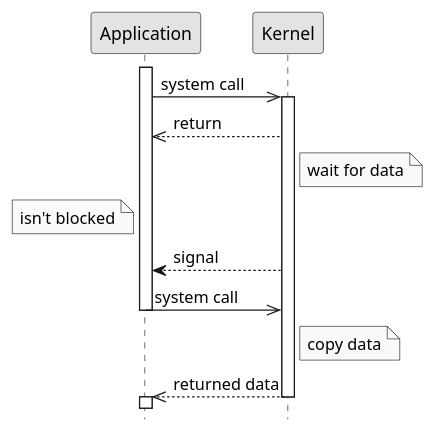
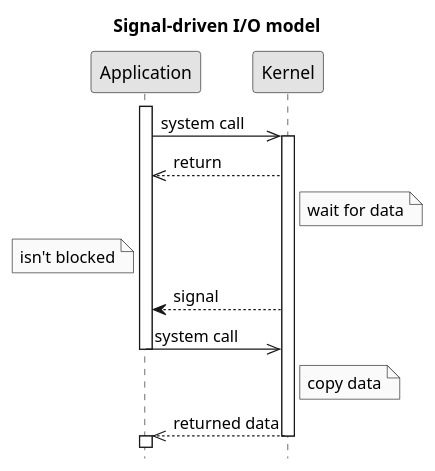
One commit to c0p4c4b4n4/demo-sockets-io-nio-nio2 changed the diagram in doc/plantuml/4. signal-driven IO model.puml. Above: the diagram before and after it, drawn with PlantUML. The commit also changed 4 other files, not shown here.

```diff
--- a/doc/plantuml/4. signal-driven IO model.puml
+++ b/doc/plantuml/4. signal-driven IO model.puml
@@ -1,19 +1,20 @@
 @startuml
+title Signal-driven I/O model
 hide footbox
 skinparam monochrome true
 skinparam shadowing false
 activate Application
 Application->>Kernel: system call
 activate Kernel
 Kernel-->>Application: return
 Note right of Kernel: wait for data
 Note left of Application: isn't blocked
 Kernel-->Application: signal
 Application->>Kernel: system call
 deactivate Application
 Note right of Kernel: copy data
 Kernel-->>Application: returned data
 deactivate Kernel
 activate Application
 deactivate Application
 @enduml
```
